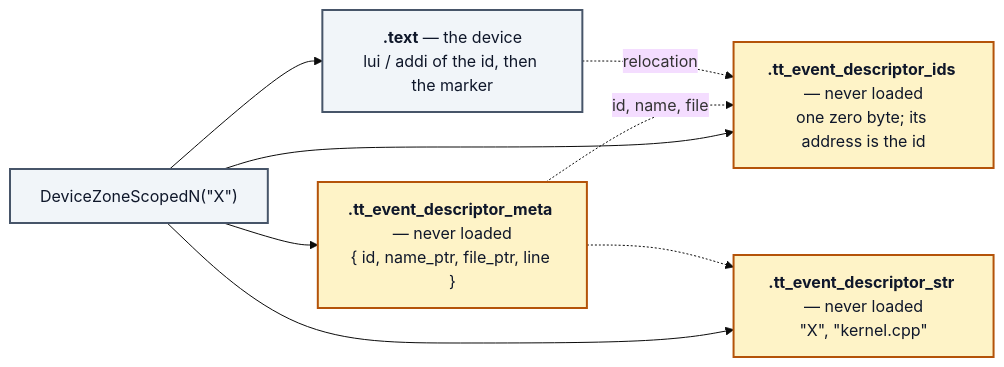
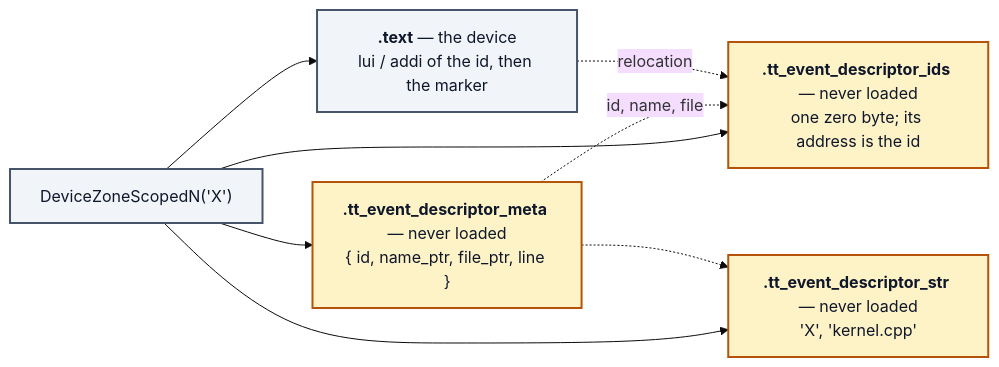
Before and after one commit to tenstorrent/tt-metal: the second of 2 diagrams in tt_metal/tools/profiler/STREAMING_PROFILER_ZONE_IDS.md, drawn with Mermaid (base theme). The commit also changed other lines of this file, not shown here.

Commit message:
profiler: zone-id doc -- fix the Mermaid diagrams on GitHub
GitHub decodes &quot; back to a double quote before Mermaid parses the label, which ends the
quoted label early ("Parse error on line 8 ... got 'STR'"). Use single quotes inside labels.

````diff
--- a/tt_metal/tools/profiler/STREAMING_PROFILER_ZONE_IDS.md
+++ b/tt_metal/tools/profiler/STREAMING_PROFILER_ZONE_IDS.md
@@ -57,19 +57,19 @@
 ```mermaid
 flowchart LR
   classDef code fill:#F1F5F9,stroke:#475569,stroke-width:2px,color:#0F172A
   classDef sec  fill:#FEF3C7,stroke:#B45309,stroke-width:2px,color:#0F172A
 
-  Z["DeviceZoneScopedN(&quot;X&quot;)"]:::code
+  Z["DeviceZoneScopedN('X')"]:::code
   I["<b>.tt_event_descriptor_ids</b> — never loaded<br/>one zero byte; its address is the id"]:::sec
   M["<b>.tt_event_descriptor_meta</b> — never loaded<br/>{ id, name_ptr, file_ptr, line }"]:::sec
-  T["<b>.tt_event_descriptor_str</b> — never loaded<br/>&quot;X&quot;, &quot;kernel.cpp&quot;"]:::sec
+  T["<b>.tt_event_descriptor_str</b> — never loaded<br/>'X', 'kernel.cpp'"]:::sec
   C["<b>.text</b> — the device<br/>lui / addi of the id, then the marker"]:::code
 
   Z --> I
   Z --> M
   Z --> T
   Z --> C
   M -. id, name, file .-> I
   M -.-> T
   C -. relocation .-> I
 ```
````
